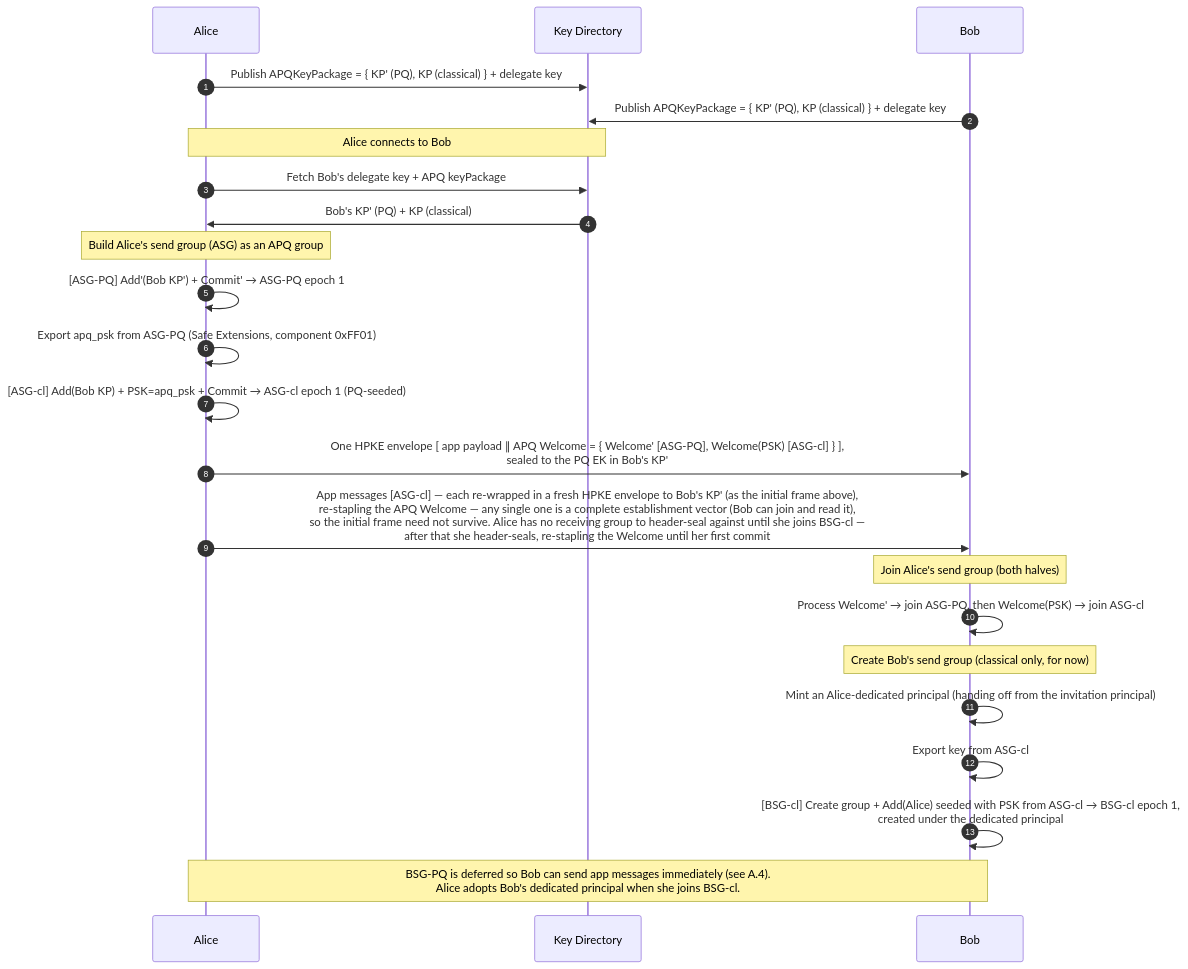
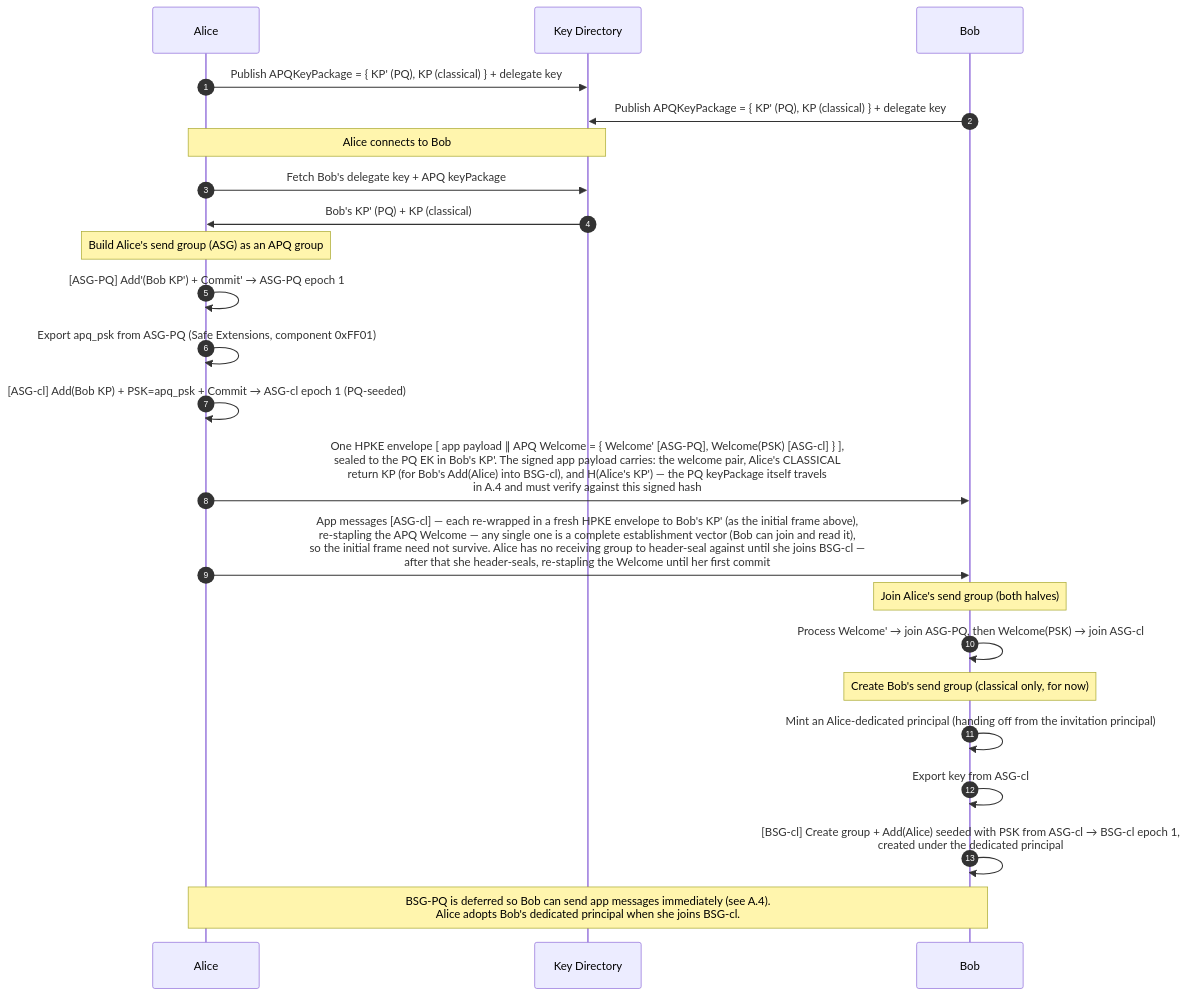
The sixth of 10 diagrams in two-mls-pq/book/src/protocol-flows.md (germ-network/TwoMLSPQ), drawn with Mermaid before and after one commit. The commit also changed other lines of this file and 5 other files, not shown here.

First line of the commit message:
Bring the MSD's top-level diagrams up to the implemented protocol

````diff
--- a/two-mls-pq/book/src/protocol-flows.md
+++ b/two-mls-pq/book/src/protocol-flows.md
@@ -340,31 +344,31 @@
 ```mermaid
 sequenceDiagram
     autonumber
     participant Alice
     participant KeyDir as Key Directory
     participant Bob
 
     Alice->>KeyDir: Publish APQKeyPackage = { KP' (PQ), KP (classical) } + delegate key
     Bob->>KeyDir: Publish APQKeyPackage = { KP' (PQ), KP (classical) } + delegate key
 
     Note over Alice,KeyDir: Alice connects to Bob
     Alice->>KeyDir: Fetch Bob's delegate key + APQ keyPackage
     KeyDir->>Alice: Bob's KP' (PQ) + KP (classical)
 
     Note over Alice: Build Alice's send group (ASG) as an APQ group
     Alice->>Alice: [ASG-PQ] Add'(Bob KP') + Commit' → ASG-PQ epoch 1
     Alice->>Alice: Export apq_psk from ASG-PQ (Safe Extensions, component 0xFF01)
     Alice->>Alice: [ASG-cl] Add(Bob KP) + PSK=apq_psk + Commit → ASG-cl epoch 1 (PQ-seeded)
 
-    Alice->>Bob: One HPKE envelope [ app payload ∥ APQ Welcome = { Welcome' [ASG-PQ], Welcome(PSK) [ASG-cl] } ],<br/>sealed to the PQ EK in Bob's KP'
+    Alice->>Bob: One HPKE envelope [ app payload ∥ APQ Welcome = { Welcome' [ASG-PQ], Welcome(PSK) [ASG-cl] } ],<br/>sealed to the PQ EK in Bob's KP'. The signed app payload carries: the welcome pair, Alice's CLASSICAL<br/>return KP (for Bob's Add(Alice) into BSG-cl), and H(Alice's KP') — the PQ keyPackage itself travels<br/>in A.4 and must verify against this signed hash
     Alice->>Bob: App messages [ASG-cl] — each re-wrapped in a fresh HPKE envelope to Bob's KP' (as the initial frame above),<br/>re-stapling the APQ Welcome — any single one is a complete establishment vector (Bob can join and read it),<br/>so the initial frame need not survive. Alice has no receiving group to header-seal against until she joins BSG-cl —<br/>after that she header-seals, re-stapling the Welcome until her first commit
 
     Note over Bob: Join Alice's send group (both halves)
     Bob->>Bob: Process Welcome' → join ASG-PQ, then Welcome(PSK) → join ASG-cl
 
     Note over Bob: Create Bob's send group (classical only, for now)
     Bob->>Bob: Mint an Alice-dedicated principal (handing off from the invitation principal)
     Bob->>Bob: Export key from ASG-cl
     Bob->>Bob: [BSG-cl] Create group + Add(Alice) seeded with PSK from ASG-cl → BSG-cl epoch 1,<br/>created under the dedicated principal
     Note over Alice,Bob: BSG-PQ is deferred so Bob can send app messages immediately (see A.4).<br/>Alice adopts Bob's dedicated principal when she joins BSG-cl.
 ```
````
